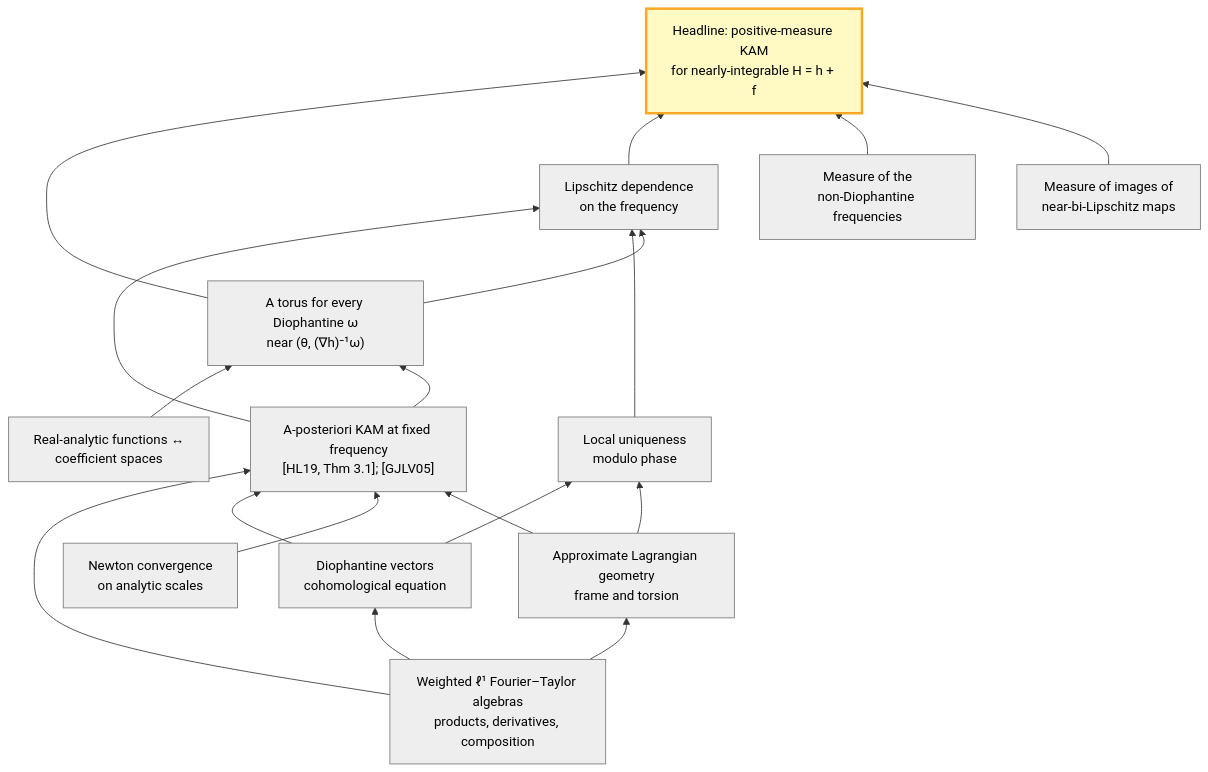
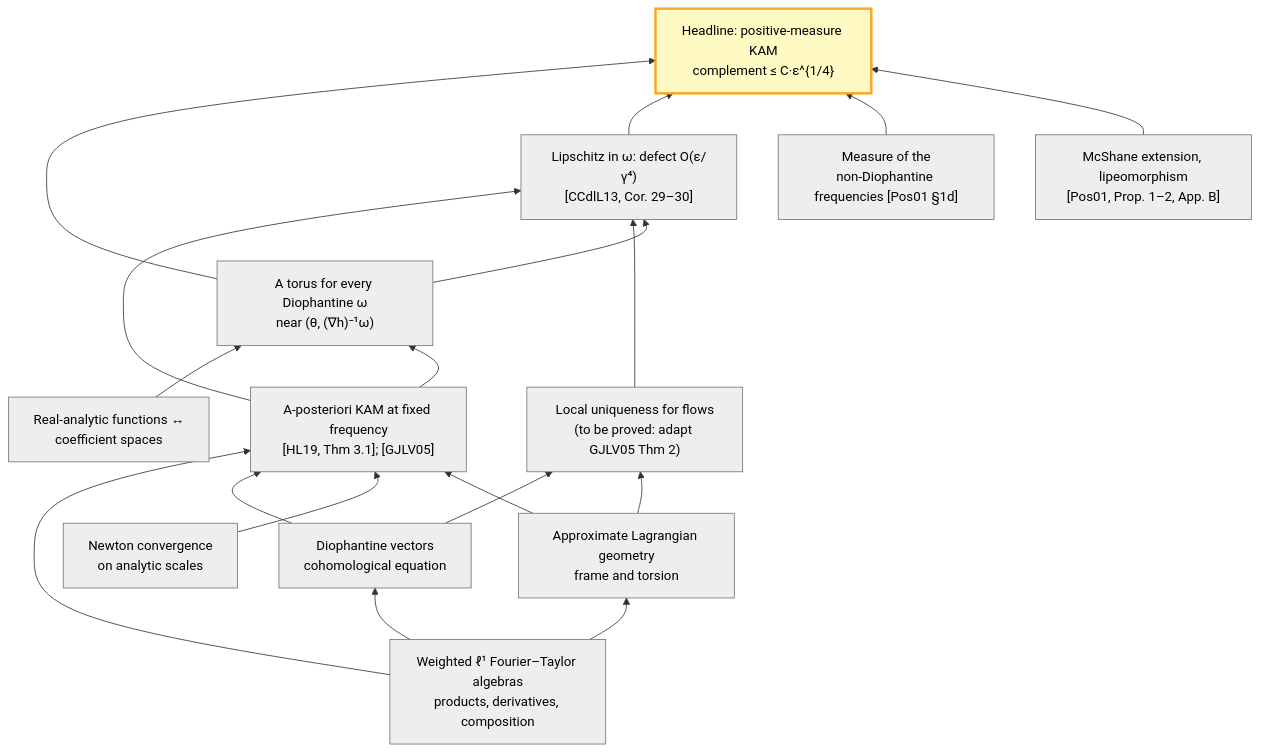
The diagram in README.md (aravindkarthigeyan/KAM-dev), drawn with Mermaid before and after one commit. The commit also changed other lines of this file and 1 other file, not shown here.

````diff
--- a/README.md
+++ b/README.md
@@ -159,37 +159,37 @@
 ```mermaid
 flowchart BT
   classDef done fill:#c8e6c9,stroke:#2e7d32,color:#000
   classDef conditional fill:#bbdefb,stroke:#1565c0,color:#000
   classDef progress fill:#ffe0b2,stroke:#ef6c00,color:#000
   classDef todo fill:#eeeeee,stroke:#757575,color:#000
   classDef anchor fill:#fff9c4,stroke:#f9a825,color:#000,stroke-width:3px
   ALG["Weighted ℓ¹ Fourier–Taylor algebras<br/>products, derivatives, composition"]:::todo
   DIOPH["Diophantine vectors<br/>cohomological equation"]:::todo
   NEWTON["Newton convergence<br/>on analytic scales"]:::todo
   BRIDGE["Real-analytic functions ↔<br/>coefficient spaces"]:::todo
   GEOM["Approximate Lagrangian geometry<br/>frame and torsion"]:::todo
   APOST["A-posteriori KAM at fixed frequency<br/>[HL19, Thm 3.1]; [GJLV05]"]:::todo
-  UNIQ["Local uniqueness<br/>modulo phase"]:::todo
+  UNIQ["Local uniqueness for flows<br/>(to be proved: adapt GJLV05 Thm 2)"]:::todo
   APPLY["A torus for every Diophantine ω<br/>near (θ, (∇h)⁻¹ω)"]:::todo
-  LIP["Lipschitz dependence<br/>on the frequency"]:::todo
-  DMEAS["Measure of the<br/>non-Diophantine frequencies"]:::todo
-  IMAGE["Measure of images of<br/>near-bi-Lipschitz maps"]:::todo
-  HEAD["Headline: positive-measure KAM<br/>for nearly-integrable H = h + f"]:::anchor
+  LIP["Lipschitz in ω: defect O(ε/γ⁴)<br/>[CCdlL13, Cor. 29–30]"]:::todo
+  DMEAS["Measure of the<br/>non-Diophantine frequencies [Pos01 §1d]"]:::todo
+  IMAGE["McShane extension, lipeomorphism<br/>[Pos01, Prop. 1–2, App. B]"]:::todo
+  HEAD["Headline: positive-measure KAM<br/>complement ≤ C·ε^{1/4}"]:::anchor
   ALG --> DIOPH
   ALG --> GEOM
   ALG --> APOST
   DIOPH --> APOST
   NEWTON --> APOST
   GEOM --> APOST
   DIOPH --> UNIQ
   GEOM --> UNIQ
   BRIDGE --> APPLY
   APOST --> APPLY
   APOST --> LIP
   UNIQ --> LIP
   APPLY --> LIP
   APPLY --> HEAD
   LIP --> HEAD
   DMEAS --> HEAD
   IMAGE --> HEAD
 ```
````
